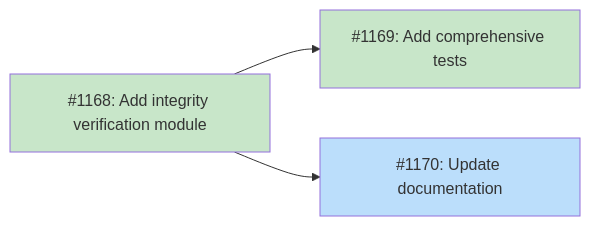
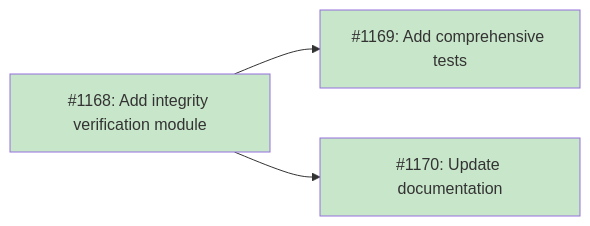
The diagram in docs/designs/DESIGN-library-verify-integrity.md (tsukumogami/tsuku), drawn with Mermaid before and after one commit. The commit also changed other lines of this file and 1 other file, not shown here.

Commit message:
docs(verify): add Tier 4 integrity verification to README
Update the Security and Verification section to include Tier 4 in the
main tier list alongside Tiers 1-3. Also clarify that libraries installed
before the integrity feature will show SKIPPED and can be reinstalled
to enable full verification.

````diff
--- a/docs/designs/DESIGN-library-verify-integrity.md
+++ b/docs/designs/DESIGN-library-verify-integrity.md
@@ -26,17 +26,16 @@
 ```mermaid
 graph LR
     I1168["#1168: Add integrity verification module"]
     I1169["#1169: Add comprehensive tests"]
     I1170["#1170: Update documentation"]
 
     I1168 --> I1169
     I1168 --> I1170
 
     classDef done fill:#c8e6c9
     classDef ready fill:#bbdefb
     classDef blocked fill:#fff9c4
     classDef needsDesign fill:#e1bee7
 
-    class I1168,I1169 done
-    class I1170 ready
+    class I1168,I1169,I1170 done
 ```
````
